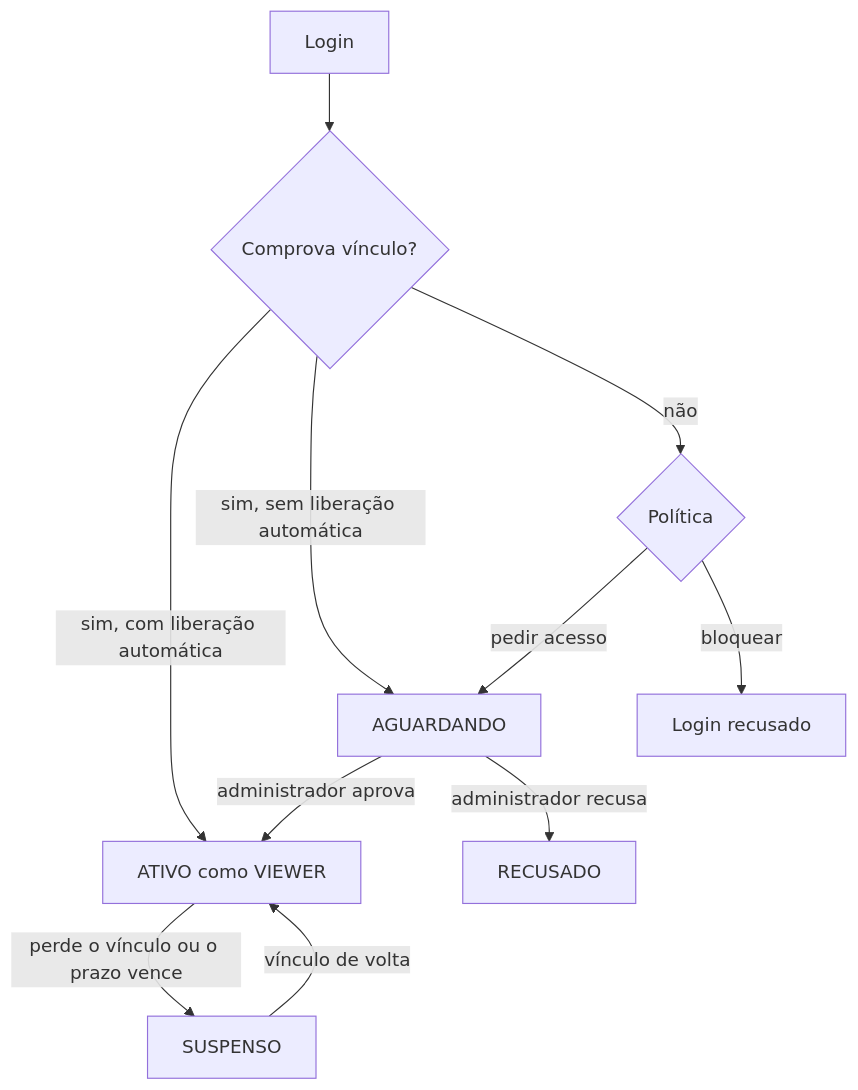
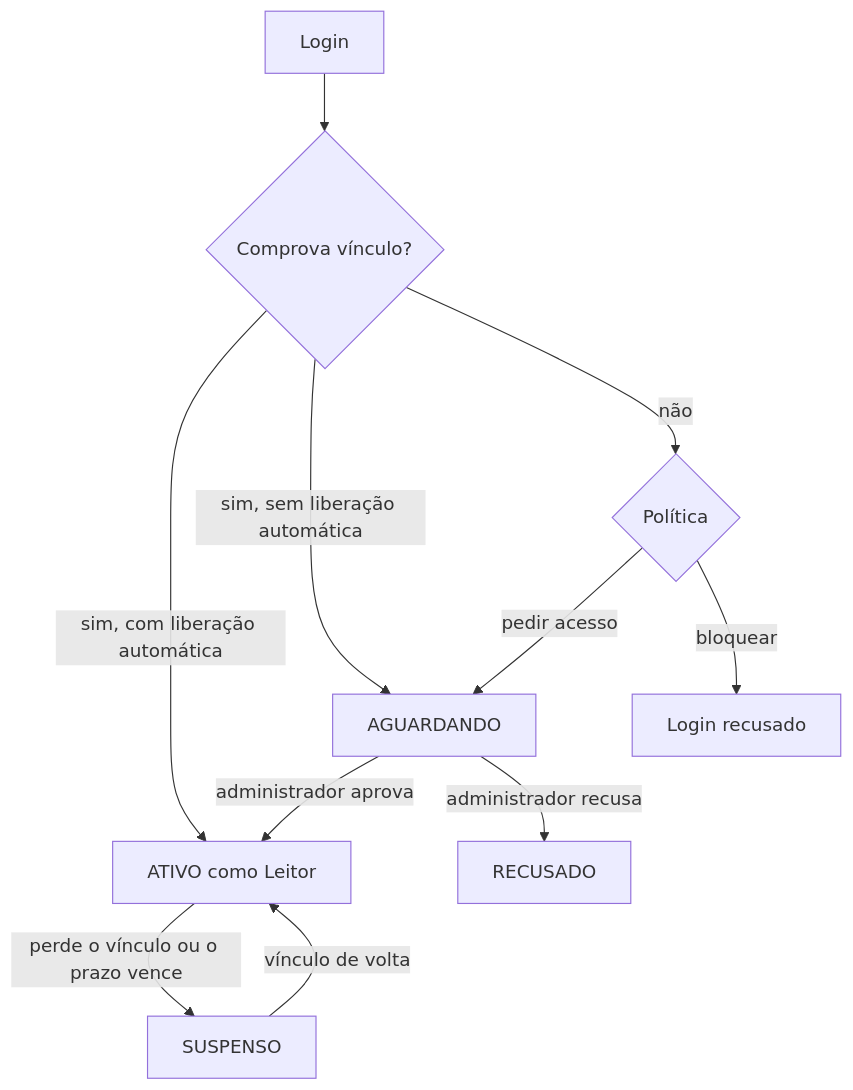
The second of 2 diagrams in docs/guia/conceitos.md (wendersonbelko/rizoma), drawn with Mermaid before and after one commit. The commit also changed other lines of this file and 66 other files, not shown here.

````diff
--- a/docs/guia/conceitos.md
+++ b/docs/guia/conceitos.md
@@ -61,13 +63,13 @@
 ```mermaid
 flowchart TD
   L["Login"] --> V{"Comprova vínculo?"}
-  V -->|"sim, com liberação automática"| A["ATIVO como VIEWER"]
+  V -->|"sim, com liberação automática"| A["ATIVO como Leitor"]
   V -->|"sim, sem liberação automática"| P["AGUARDANDO"]
   V -->|"não"| O{"Política"}
   O -->|"pedir acesso"| P
   O -->|"bloquear"| B["Login recusado"]
   P -->|"administrador aprova"| A
   P -->|"administrador recusa"| R["RECUSADO"]
   A -->|"perde o vínculo ou o prazo vence"| S["SUSPENSO"]
   S -->|"vínculo de volta"| A
 ```
````
